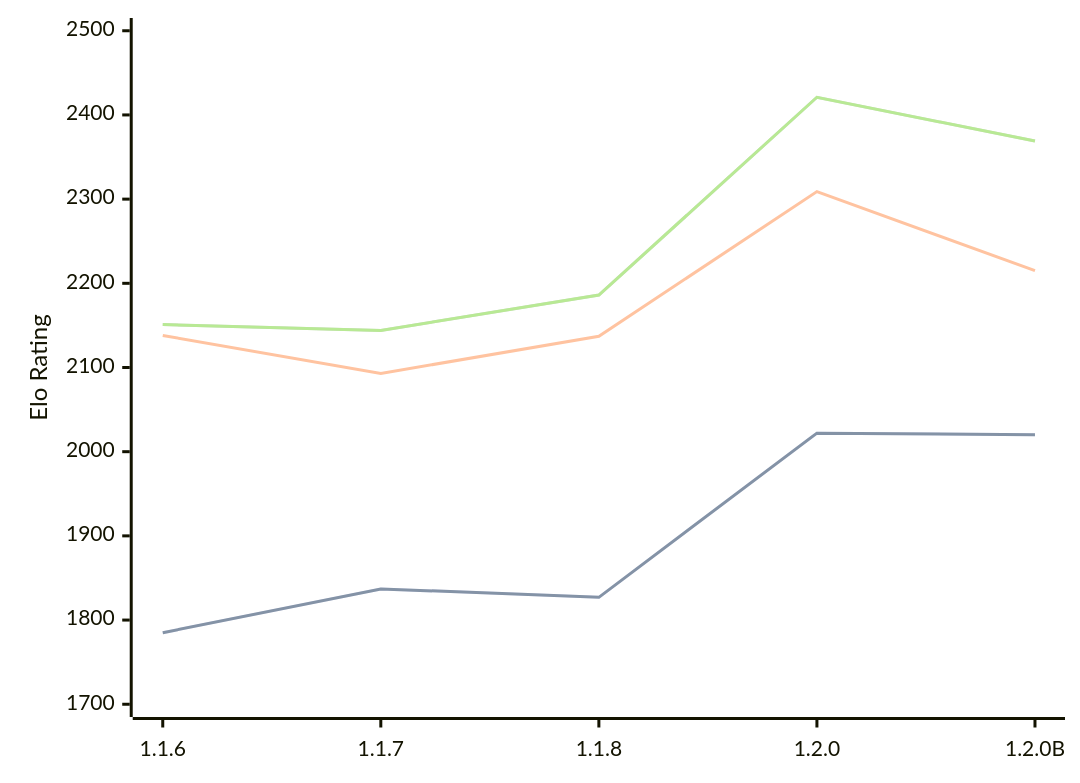
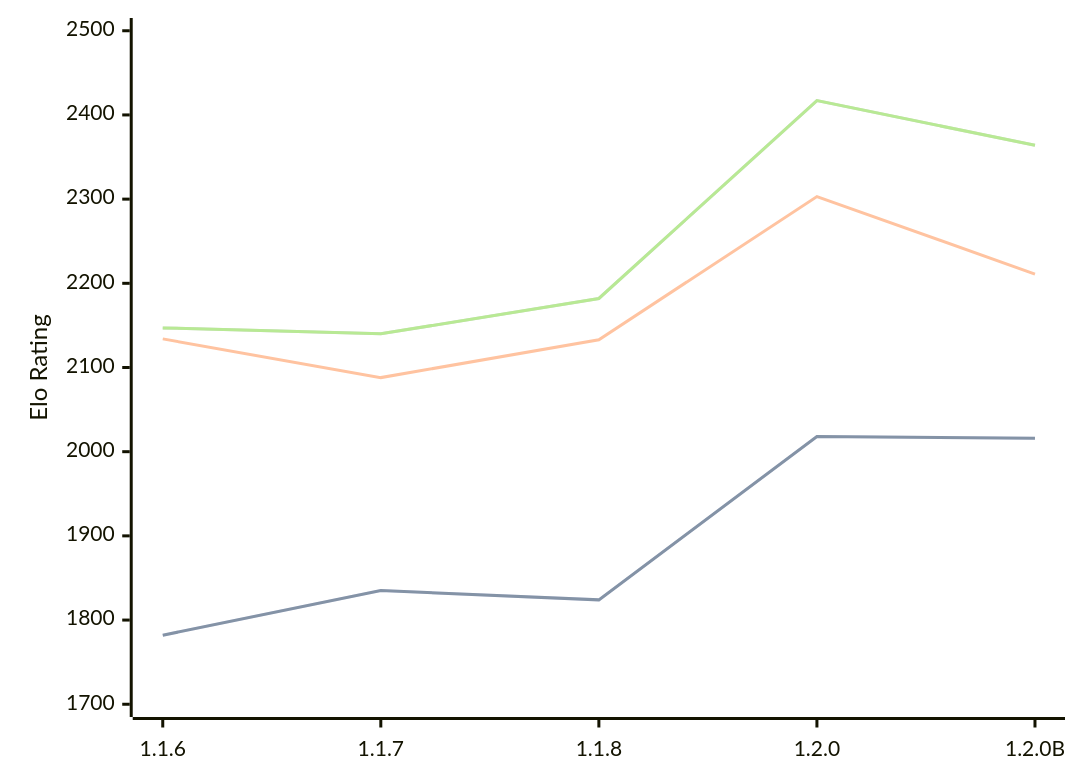
One commit to computer-chess-index/cci changed the first of 3 diagrams in engines/Soomi.md. Above: the diagram before and after it, drawn with Mermaid. The commit also changed other lines of this file, not shown here.

Commit message:
Update CCI Ratings (ELO VLTC) - 2026-07-16

````diff
--- a/engines/Soomi.md
+++ b/engines/Soomi.md
@@ -35,11 +35,11 @@
 ```mermaid
 %%{init: {"theme":"base","themeVariables":{"seriesColors:['#a3a3a3','#222221','#faa371']}}}%%
 xychart-beta
   x-axis ["1.1.6", "1.1.7", "1.1.8", "1.2.0", "1.2.0B"]
   y-axis "Elo Rating" 1700 --> 2500
-  line "STC (8.0+0.08s)" [1785, 1837, 1827, 2022, 2020]
-  line "STC (8.0+0.08s)" [1785, 1837, 1827, 2022, 2020]
-  line "LTC (60.0+0.60s)" [2138, 2093, 2137, 2309, 2215]
-  line "VLTC (2m24s+1.12s)" [2151, 2144, 2186, 2421, 2369]
-  line "VLTC (2m24s+1.12s)" [2151, 2144, 2186, 2421, 2369]
+  line "STC (8.0+0.08s)" [1782, 1835, 1824, 2018, 2016]
+  line "STC (8.0+0.08s)" [1782, 1835, 1824, 2018, 2016]
+  line "LTC (60.0+0.60s)" [2134, 2088, 2133, 2303, 2211]
+  line "VLTC (2m24s+1.12s)" [2147, 2140, 2182, 2417, 2364]
+  line "VLTC (2m24s+1.12s)" [2147, 2140, 2182, 2417, 2364]
 ```
````
